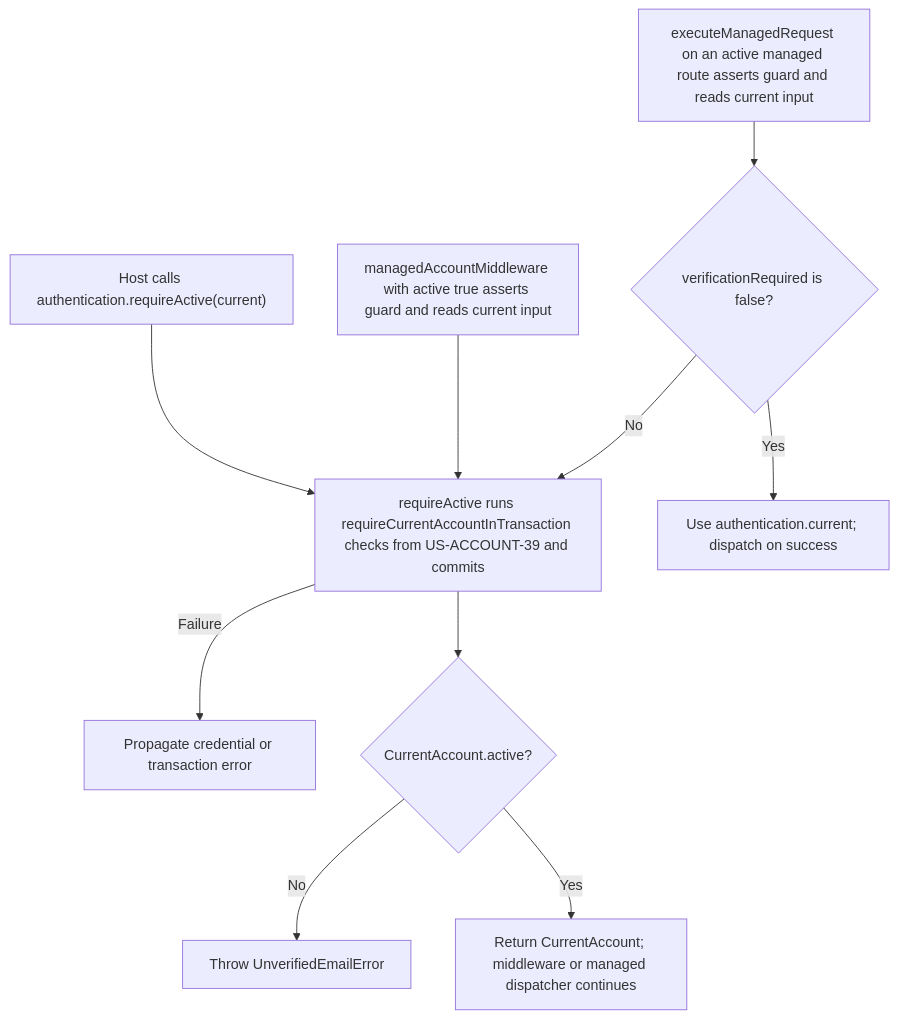
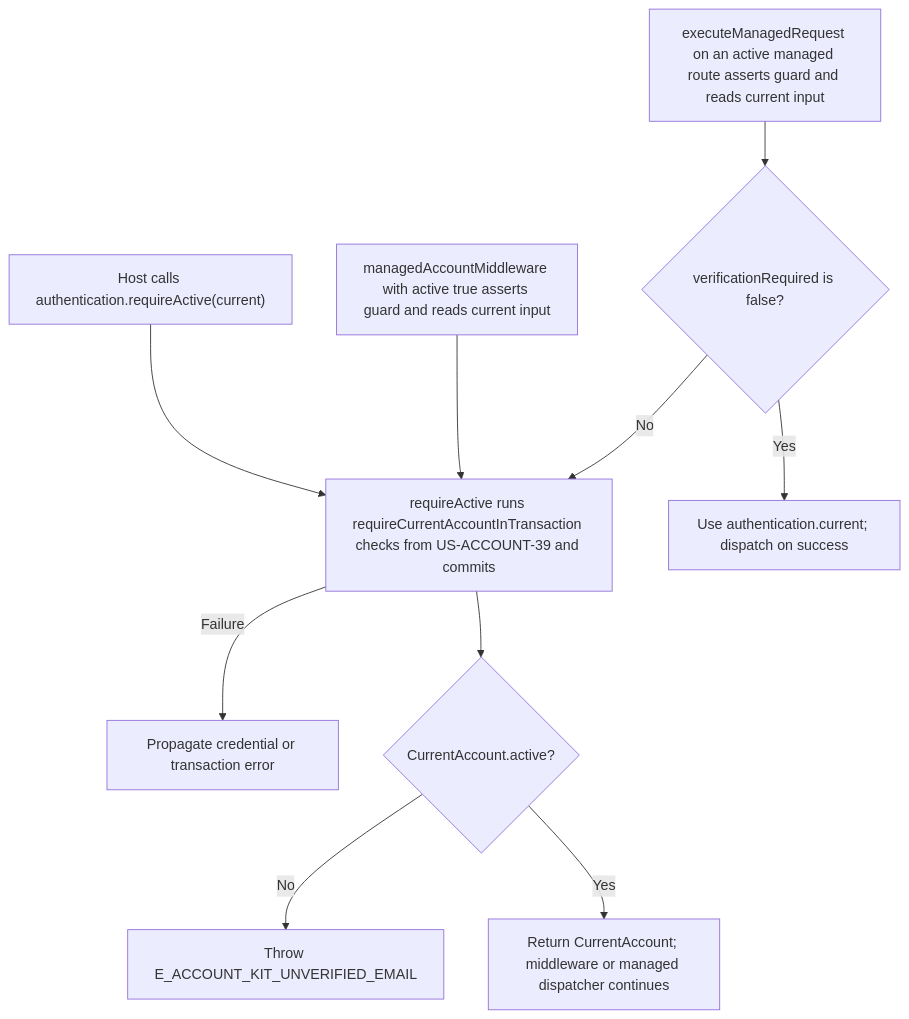
The second of 2 diagrams in user-stories/US-ACCOUNT-40-require-active-account.md (Kevinjohn/oss-adonisjs-account-kit), drawn with Mermaid before and after one commit. The commit also changed other lines of this file and 362 other files, not shown here.

````diff
--- a/user-stories/US-ACCOUNT-40-require-active-account.md
+++ b/user-stories/US-ACCOUNT-40-require-active-account.md
@@ -32,12 +32,12 @@
 ```mermaid
 flowchart TD
  H["Host calls authentication.requireActive(current)"] --> A
  M["managedAccountMiddleware with active true asserts guard and reads current input"] --> A
  N["executeManagedRequest on an active managed route asserts guard and reads current input"] --> O{"verificationRequired is false?"}
  O -->|Yes| P["Use authentication.current; dispatch on success"]
  O -->|No| A["requireActive runs requireCurrentAccountInTransaction checks from US-ACCOUNT-39 and commits"]
  A -->|Failure| D["Propagate credential or transaction error"]
  A --> E{"CurrentAccount.active?"}
- E -->|No| F["Throw UnverifiedEmailError"]
+ E -->|No| F["Throw E_ACCOUNT_KIT_UNVERIFIED_EMAIL"]
  E -->|Yes| G["Return CurrentAccount; middleware or managed dispatcher continues"]
 ```
````
